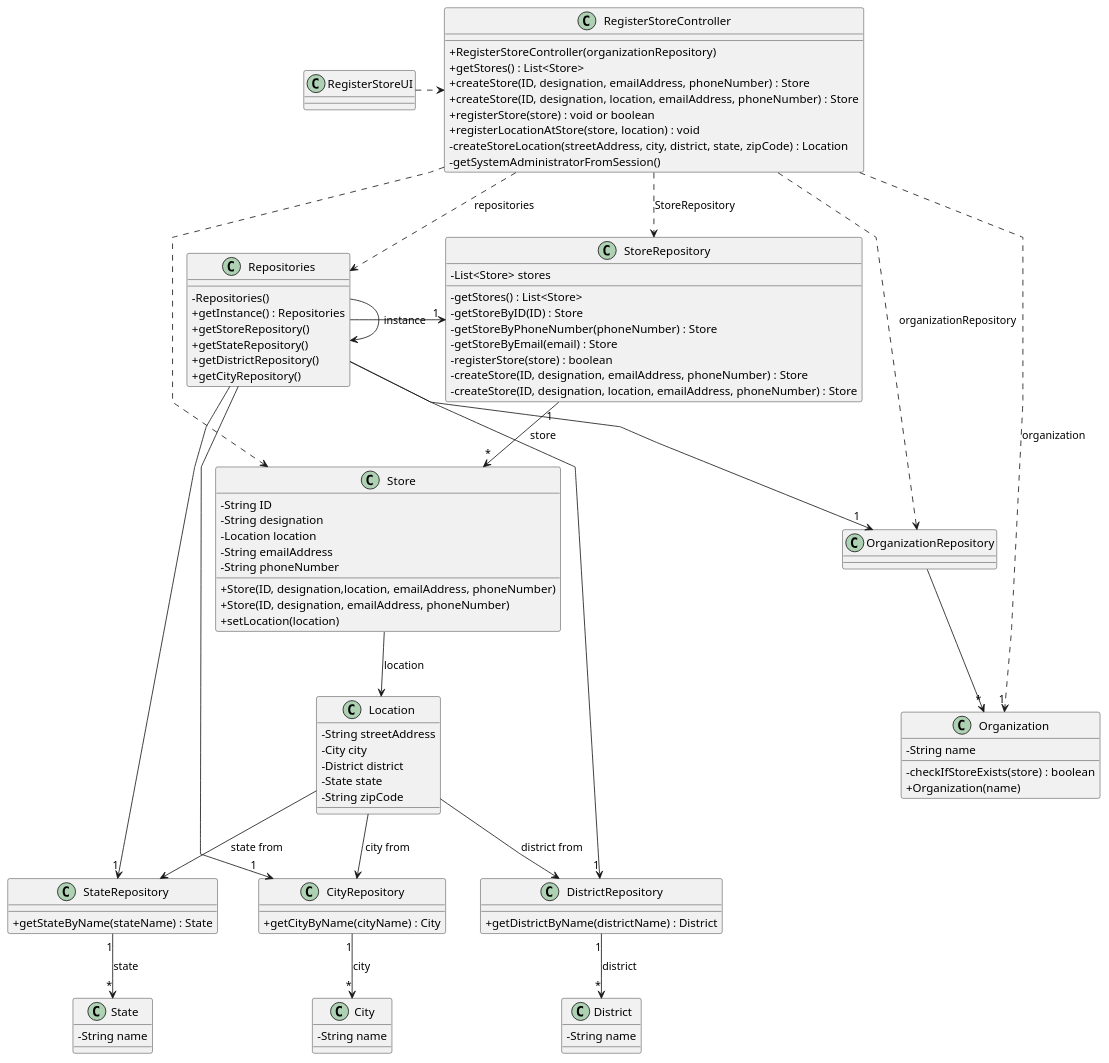
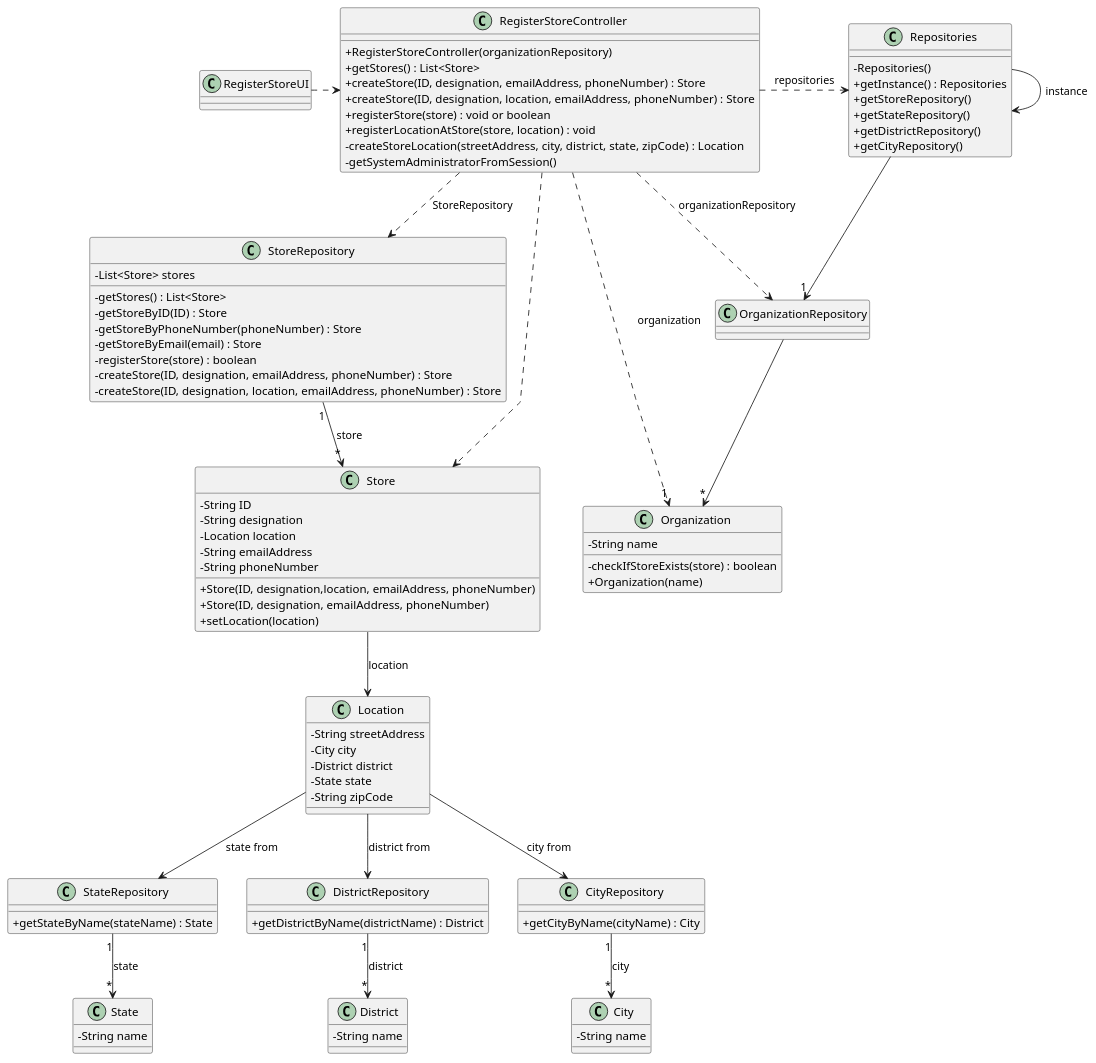
Before and after one commit to 1220812/LAPR2: the diagram in docs/sprintC/us005/03.design/puml/us005-class-diagram.puml, drawn with PlantUML. The commit also changed 2 other files, not shown here.

Commit message:
Corrected mistakes in class diagram and domain model from us5

```diff
--- a/docs/sprintC/us005/03.design/puml/us005-class-diagram.puml
+++ b/docs/sprintC/us005/03.design/puml/us005-class-diagram.puml
@@ -1,129 +1,125 @@
 @startuml
 'skinparam monochrome true
 skinparam packageStyle rectangle
 skinparam shadowing false
 skinparam linetype polyline
 'skinparam linetype orto
 
 skinparam classAttributeIconSize 0
 
 'left to right direction
 
 class Location {
     -String streetAddress
     -City city
     -District district
     -State state
     -String zipCode
 }
 
 class City{
     -String name
 }
 
 class District{
     -String name
 }
 
 class State{
     -String name
 }
 
 class Store {
     - String ID
     - String designation
     - Location location
     - String emailAddress
     - String phoneNumber
 
     + Store(ID, designation,location, emailAddress, phoneNumber)
     + Store(ID, designation, emailAddress, phoneNumber)
     + setLocation(location)
 }
 
 class Organization {
     - String name
     - checkIfStoreExists(store) : boolean
     + Organization(name)
 '  +saveTask(task)
 }
 
 class StoreRepository {
     - List<Store> stores
     - getStores() : List<Store>
     - getStoreByID(ID) : Store
     - getStoreByPhoneNumber(phoneNumber) : Store
     - getStoreByEmail(email) : Store
     - registerStore(store) : boolean
     - createStore(ID, designation, emailAddress, phoneNumber) : Store
     - createStore(ID, designation, location, emailAddress, phoneNumber) : Store
 }
 
 class StateRepository{
     + getStateByName(stateName) : State
 }
 
 class DistrictRepository{
     + getDistrictByName(districtName) : District
 }
 
 class CityRepository {
     + getCityByName(cityName) : City
 }
 
 class Repositories {
     - Repositories()
     + getInstance() : Repositories
     + getStoreRepository()
     + getStateRepository()
     + getDistrictRepository()
     + getCityRepository()
 }
 
 class RegisterStoreController {
     + RegisterStoreController(organizationRepository)
     + getStores() : List<Store>
     + createStore(ID, designation, emailAddress, phoneNumber) : Store
     + createStore(ID, designation, location, emailAddress, phoneNumber) : Store
     + registerStore(store) : void or boolean
     + registerLocationAtStore(store, location) : void
     - createStoreLocation(streetAddress, city, district, state, zipCode) : Location
     - getSystemAdministratorFromSession()
 }
 
 class RegisterStoreUI {
 }
 
 Repositories -> Repositories : instance
 
 
 RegisterStoreUI .> RegisterStoreController
 
 RegisterStoreController .> Repositories : repositories
 
-Repositories -> "1" StoreRepository
-Repositories -> "1" StateRepository
-Repositories -> "1" DistrictRepository
-Repositories -> "1" CityRepository
 
 RegisterStoreController ..> Store
 RegisterStoreController ..> OrganizationRepository : organizationRepository
 RegisterStoreController ..> StoreRepository : StoreRepository
 
 Repositories --> "1" OrganizationRepository
 
 OrganizationRepository --> "*" Organization
 
 RegisterStoreController ..> "1" Organization : organization
 'Store "*" --> "1" TaskCategory : taskCategory
 StoreRepository "1" --> "*" Store : store
 StateRepository "1" --> "*" State : state
 DistrictRepository "1" --> "*" District : district
 CityRepository "1" --> "*" City : city
 
 Store --> Location : location
 Location --> StateRepository : state from
 Location --> DistrictRepository : district from
 Location --> CityRepository : city from
 
 @enduml
```
